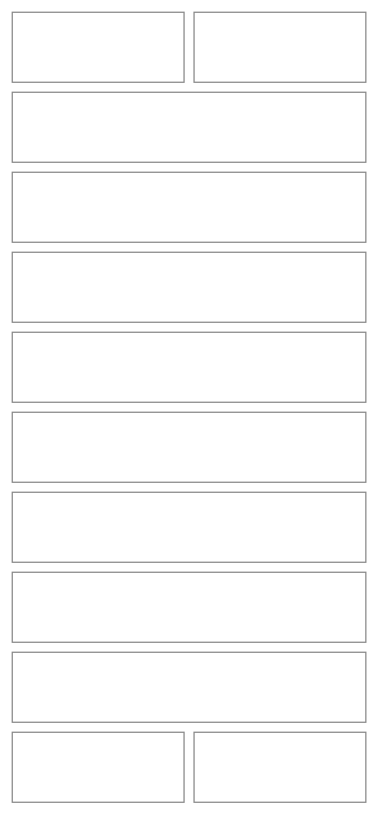
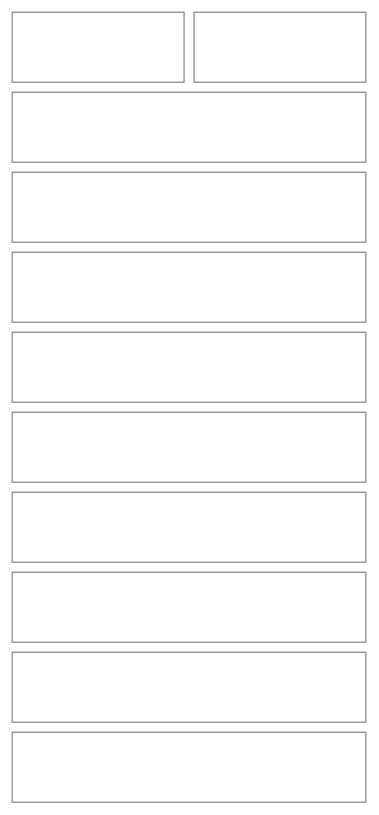
One commit to NovaMoonX/moondreams-dev-apps changed diagram 29 of 53 in src/apps/pinch/UX.md. Above: the diagram before and after it, drawn with Mermaid. The commit also changed other lines of this file and 27 other files, not shown here.

First line of the commit message:
Pinch: search first, a To buy / Got it switch and calmer drawers (#356)

````diff
--- a/src/apps/pinch/UX.md
+++ b/src/apps/pinch/UX.md
@@ -992,29 +992,27 @@
 ```mermaid
 %%{init: {'theme': 'base', 'themeVariables': {'primaryColor': 'transparent', 'primaryBorderColor': '#888888', 'primaryTextColor': '#333333', 'lineColor': '#888888'}}}%%
 block-beta
   columns 2
   L1["Shopping list"]:1
   L3["+ Add"]:1
   L2["7 to buy"]:2
+  L2b["To buy · 7  |  Got it · 2"]:2
   L4["Amounts on your list: about $12.40 ⚠"]:2
   L4b["🔍 Search your list  (from 8 things)"]:2
   L5["— Chicken —"]:2
   L6["☐ Chicken breast ›<br/>1 lb"]:2
   L7["☐ Chicken thigh ›<br/>2 lb"]:2
   L8["— Sauces & condiments —"]:2
   L9["☐ Soy sauce ›<br/>0.25 cup"]:2
-  L10["Got it · 2  ⌄"]:1
-  L11["Clear"]:1
   style L1 fill:transparent,stroke:#888888,stroke-width:1px;
   style L2 fill:transparent,stroke:#888888,stroke-width:1px;
   style L3 fill:transparent,stroke:#888888,stroke-width:1px;
   style L4 fill:transparent,stroke:#888888,stroke-width:1px;
   style L4b fill:transparent,stroke:#888888,stroke-width:1px;
   style L5 fill:transparent,stroke:#888888,stroke-width:1px;
   style L6 fill:transparent,stroke:#888888,stroke-width:1px;
   style L7 fill:transparent,stroke:#888888,stroke-width:1px;
   style L8 fill:transparent,stroke:#888888,stroke-width:1px;
   style L9 fill:transparent,stroke:#888888,stroke-width:1px;
-  style L10 fill:transparent,stroke:#888888,stroke-width:1px;
-  style L11 fill:transparent,stroke:#888888,stroke-width:1px;
+  style L2b fill:transparent,stroke:#888888,stroke-width:1px;
 ```
````
